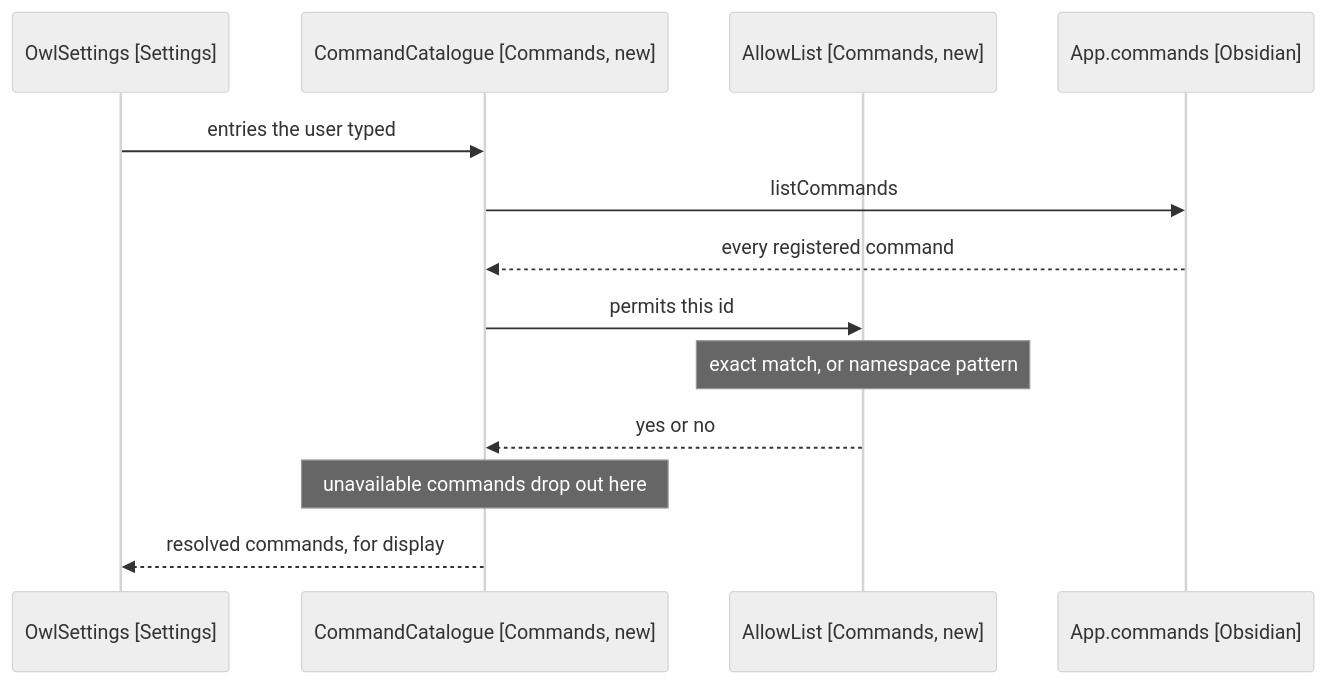
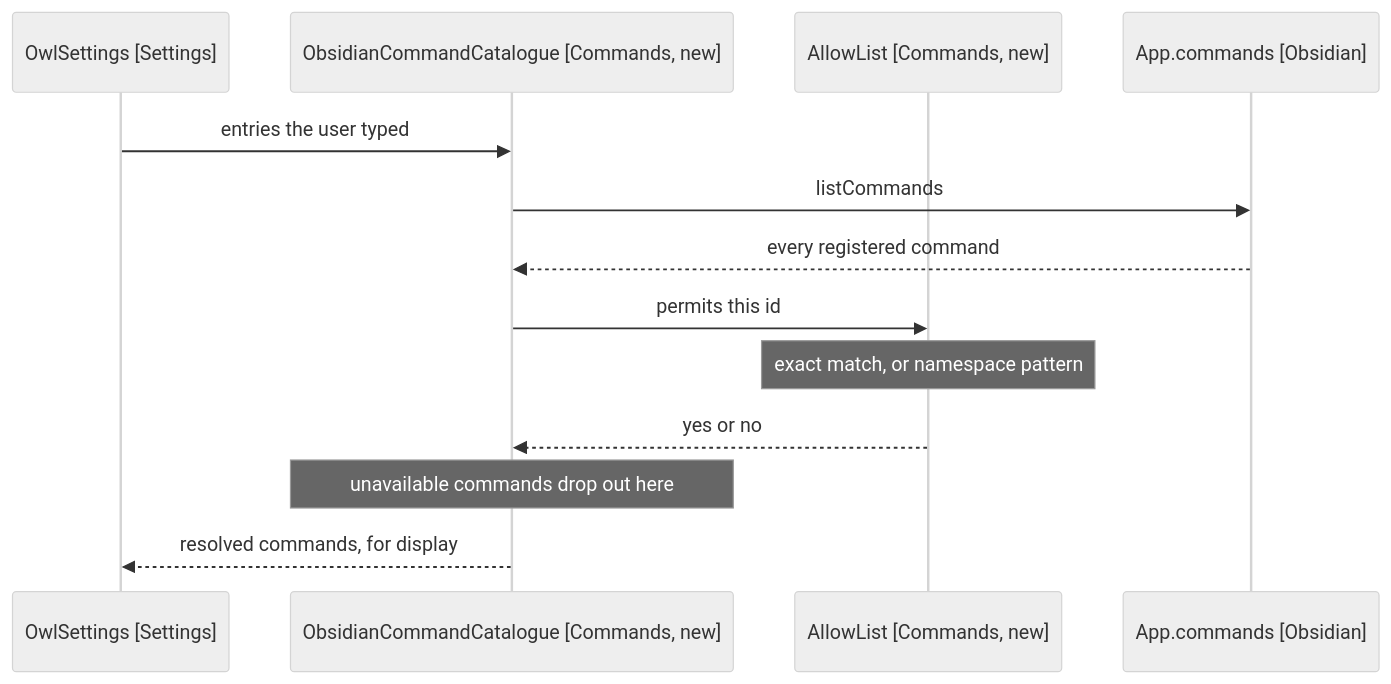
The first of 3 diagrams in docs/spec/4-harness-mvp/06-commands-and-rebinding.md (iparips/obsidian-owl), drawn with Mermaid (neutral theme) before and after one commit. The commit also changed other lines of this file and 71 other files, not shown here.

````diff
--- a/docs/spec/4-harness-mvp/06-commands-and-rebinding.md
+++ b/docs/spec/4-harness-mvp/06-commands-and-rebinding.md
@@ -19,16 +19,16 @@
 ```mermaid
 sequenceDiagram
     participant Settings as OwlSettings [Settings]
-    participant Catalogue as CommandCatalogue [Commands, new]
+    participant Catalogue as ObsidianCommandCatalogue [Commands, new]
     participant AllowList as AllowList [Commands, new]
     participant App as App.commands [Obsidian]
 
     Settings->>Catalogue: entries the user typed
     Catalogue->>App: listCommands
     App-->>Catalogue: every registered command
     Catalogue->>AllowList: permits this id
     Note over AllowList: exact match, or namespace pattern
     AllowList-->>Catalogue: yes or no
     Note over Catalogue: unavailable commands drop out here
     Catalogue-->>Settings: resolved commands, for display
 ```
````
